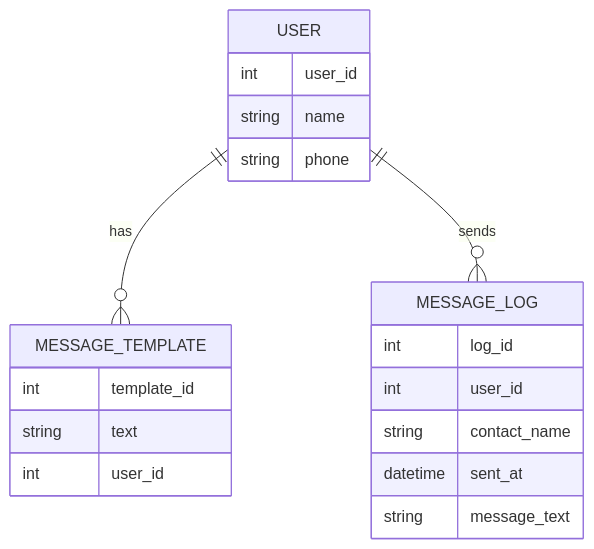
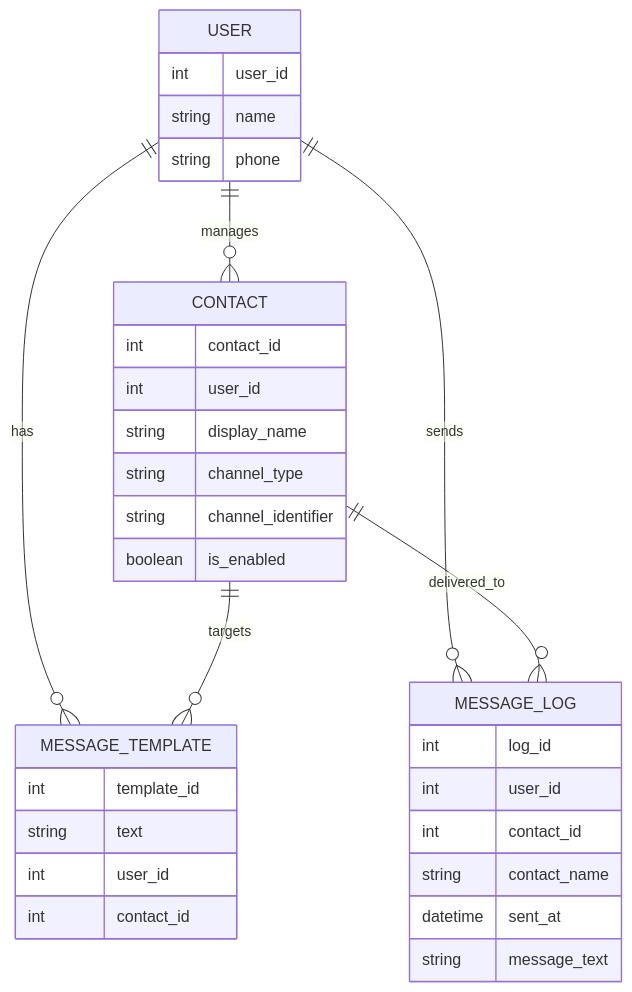
The diagram in ERD.md (ItayBenben/Wrist2MSG), drawn with Mermaid before and after one commit. The commit also changed 1 other file, not shown here.

Commit message:
Add contact management to backend and ERD (#8)

````diff
--- a/ERD.md
+++ b/ERD.md
@@ -2,23 +2,36 @@
 ```mermaid
 erDiagram
     USER {
         int user_id
         string name
         string phone
     }
+    CONTACT {
+        int contact_id
+        int user_id
+        string display_name
+        string channel_type
+        string channel_identifier
+        boolean is_enabled
+    }
     MESSAGE_TEMPLATE {
         int template_id
         string text
         int user_id
+        int contact_id
     }
     MESSAGE_LOG {
         int log_id
         int user_id
+        int contact_id
         string contact_name
         datetime sent_at
         string message_text
     }
 
     USER ||--o{ MESSAGE_TEMPLATE : has
     USER ||--o{ MESSAGE_LOG : sends
+    USER ||--o{ CONTACT : manages
+    CONTACT ||--o{ MESSAGE_TEMPLATE : targets
+    CONTACT ||--o{ MESSAGE_LOG : delivered_to
 ```
````
